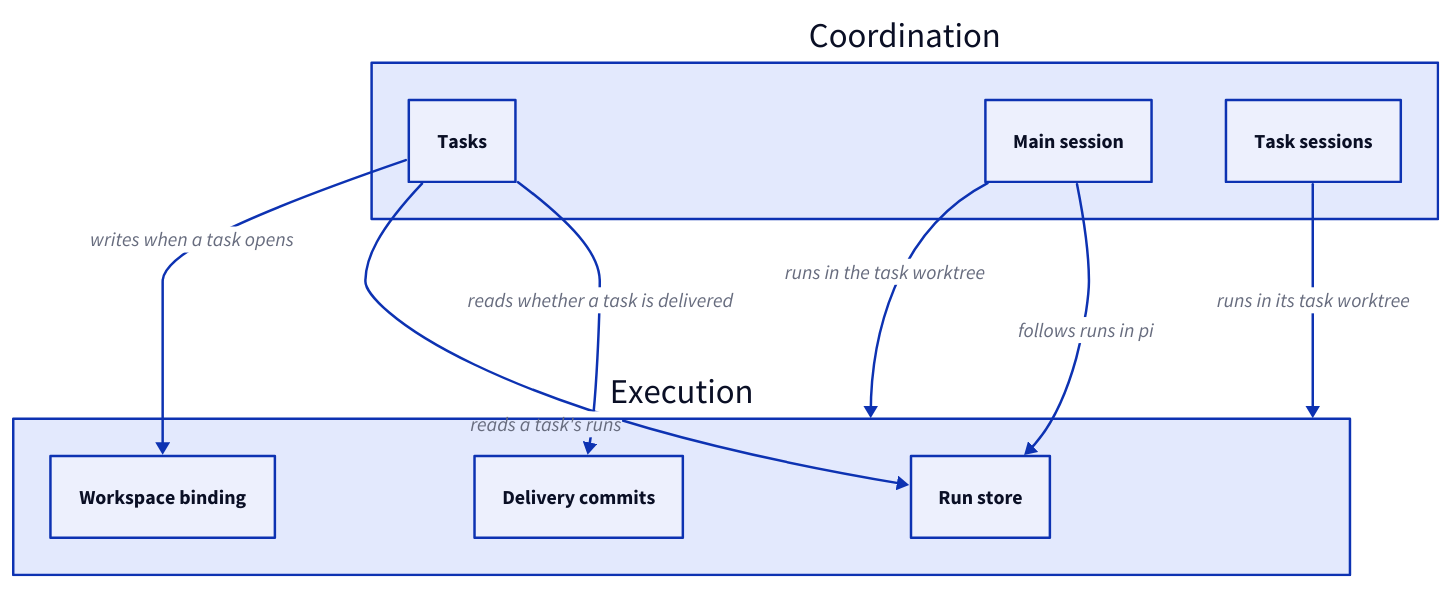
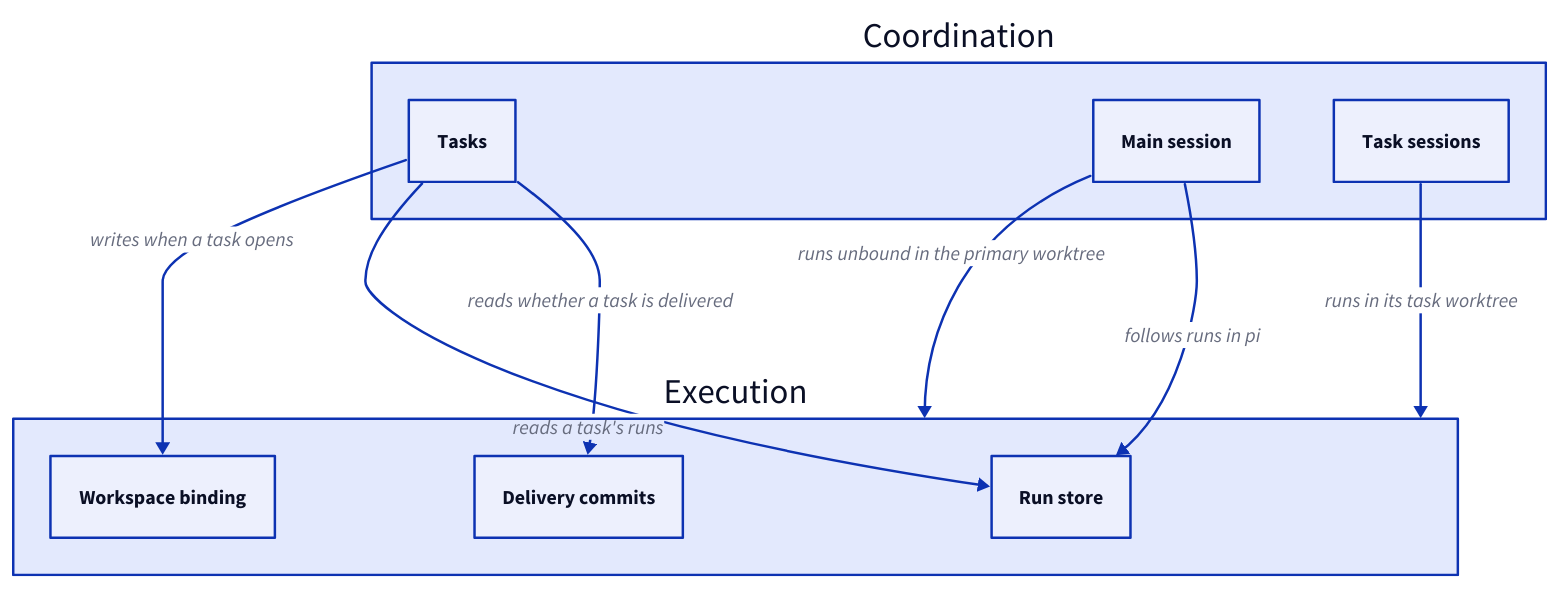
Before and after one commit to FTOD/concorde: the second of 3 diagrams in specs/concorde/coordination/module.md, drawn with D2. The commit also changed other lines of this file and 9 other files, not shown here.

First line of the commit message:
Coordination Specs: the task level is always a task session; decisions are asked from the main session

````diff
--- a/specs/concorde/coordination/module.md
+++ b/specs/concorde/coordination/module.md
@@ -91,18 +96,18 @@
 ```d2 illustrative
 coordination: Coordination {
   tasks: Tasks
   main: Main session
   session: Task sessions
 }
 execution: Execution {
   binding: Workspace binding
   store: Run store
   commits: Delivery commits
 }
 coordination.tasks -> execution.binding: writes when a task opens
-coordination.main -> execution: runs in the task worktree
+coordination.main -> execution: runs unbound in the primary worktree
 coordination.session -> execution: runs in its task worktree
 coordination.tasks -> execution.store: reads a task's runs
 coordination.tasks -> execution.commits: reads whether a task is delivered
 coordination.main -> execution.store: follows runs in pi
 ```
````
